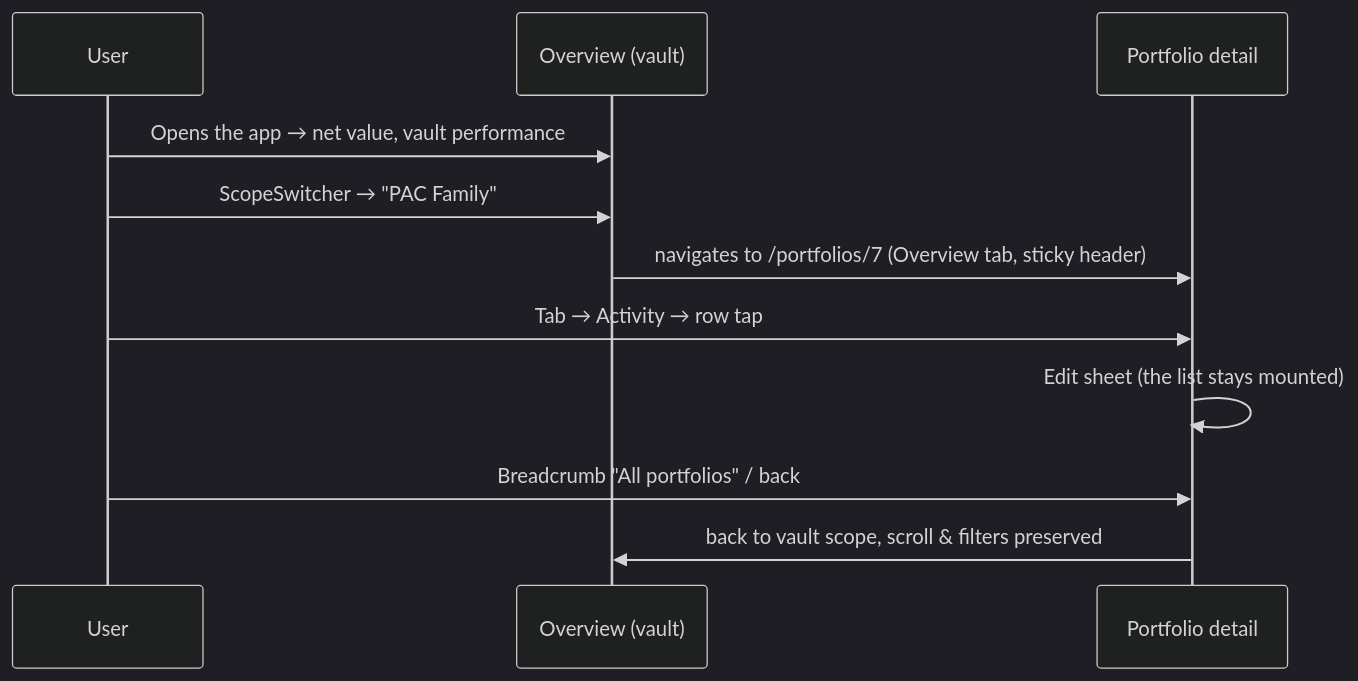
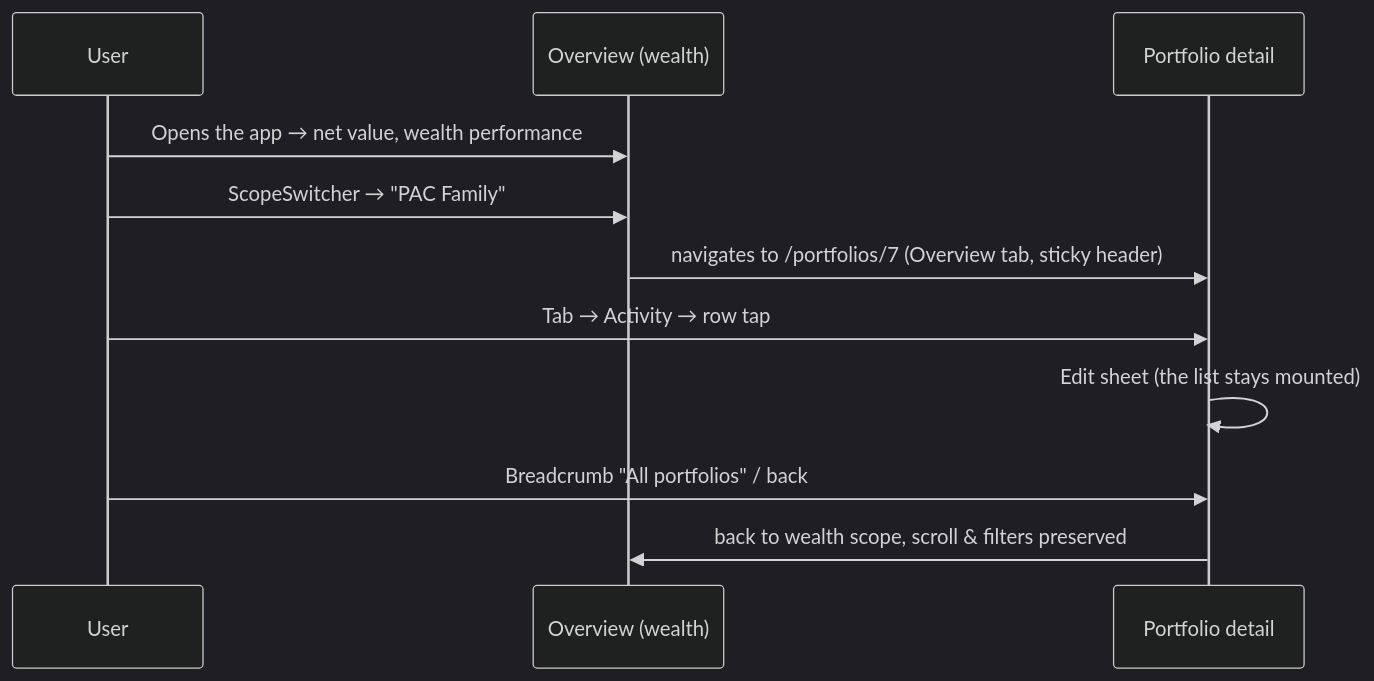
Before and after one commit to alv67/vault-lab: the fourth of 8 diagrams in docs/UX-REDESIGN.en.md, drawn with Mermaid (dark theme). The commit also changed other lines of this file and 47 other files, not shown here.

First line of the commit message:
refactor: rename the app from VaultLab to Peculium

````diff
--- a/docs/UX-REDESIGN.en.md
+++ b/docs/UX-REDESIGN.en.md
@@ -223,13 +223,13 @@
 ```mermaid
 sequenceDiagram
     participant U as User
-    participant OV as Overview (vault)
+    participant OV as Overview (wealth)
     participant PD as Portfolio detail
-    U->>OV: Opens the app → net value, vault performance
+    U->>OV: Opens the app → net value, wealth performance
     U->>OV: ScopeSwitcher → "PAC Family"
     OV->>PD: navigates to /portfolios/7 (Overview tab, sticky header)
     U->>PD: Tab → Activity → row tap
     PD->>PD: Edit sheet (the list stays mounted)
     U->>PD: Breadcrumb "All portfolios" / back
-    PD->>OV: back to vault scope, scroll & filters preserved
+    PD->>OV: back to wealth scope, scroll & filters preserved
 ```
````
